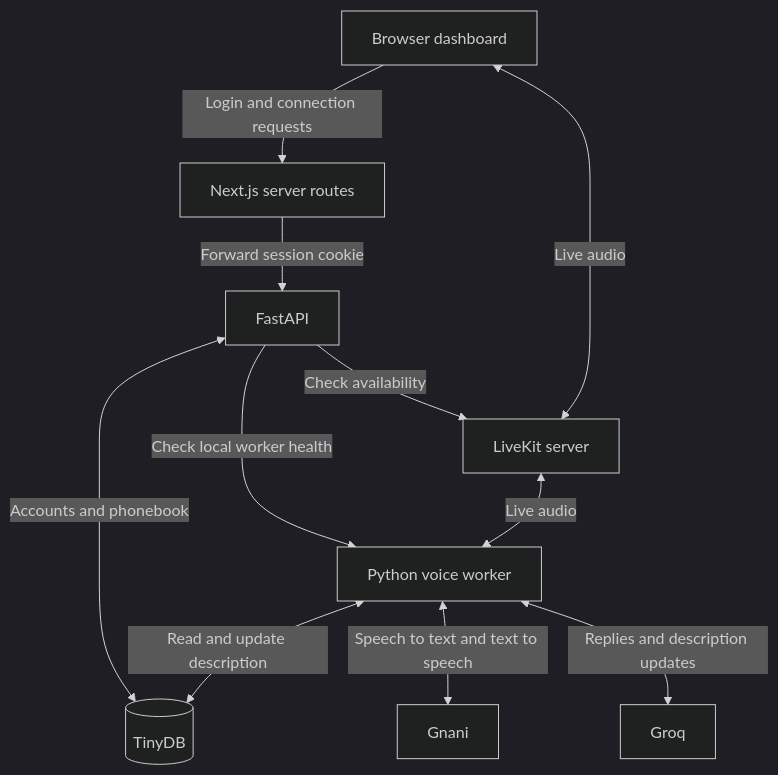
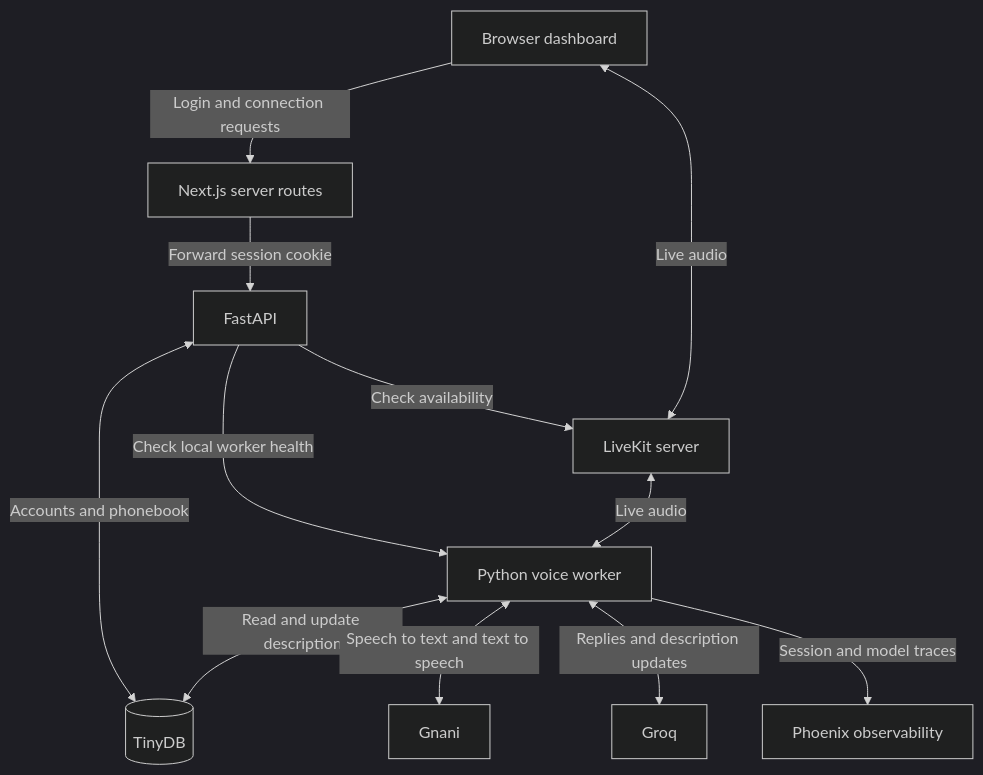
The diagram in architecture.md (thecodingvivek/opencall), drawn with Mermaid (dark theme) before and after one commit. The commit also changed other lines of this file and 15 other files, not shown here.

Commit message:
Add Phoenix agent observability and local trace collector

````diff
--- a/architecture.md
+++ b/architecture.md
@@ -40,13 +41,14 @@
 ```mermaid
 flowchart TD
     Browser[Browser dashboard] -->|Login and connection requests| Next[Next.js server routes]
     Next -->|Forward session cookie| API[FastAPI]
     API <-->|Accounts and phonebook| DB[(TinyDB)]
     API -->|Check availability| Room[LiveKit server]
     API -->|Check local worker health| Worker[Python voice worker]
     Browser <-->|Live audio| Room
     Room <-->|Live audio| Worker
     Worker <-->|Read and update description| DB
     Worker <-->|Speech to text and text to speech| Gnani[Gnani]
     Worker <-->|Replies and description updates| Groq[Groq]
+    Worker -->|Session and model traces| Phoenix[Phoenix observability]
 ```
````
